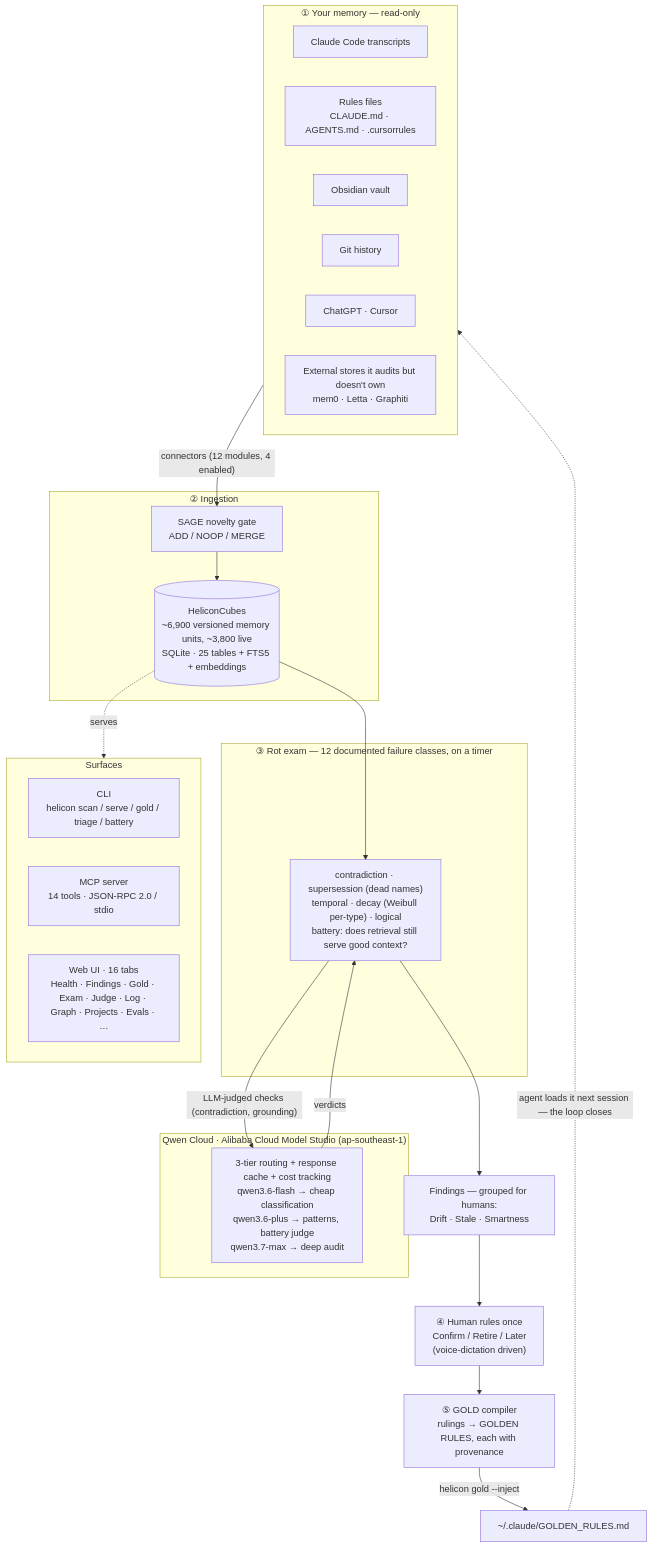
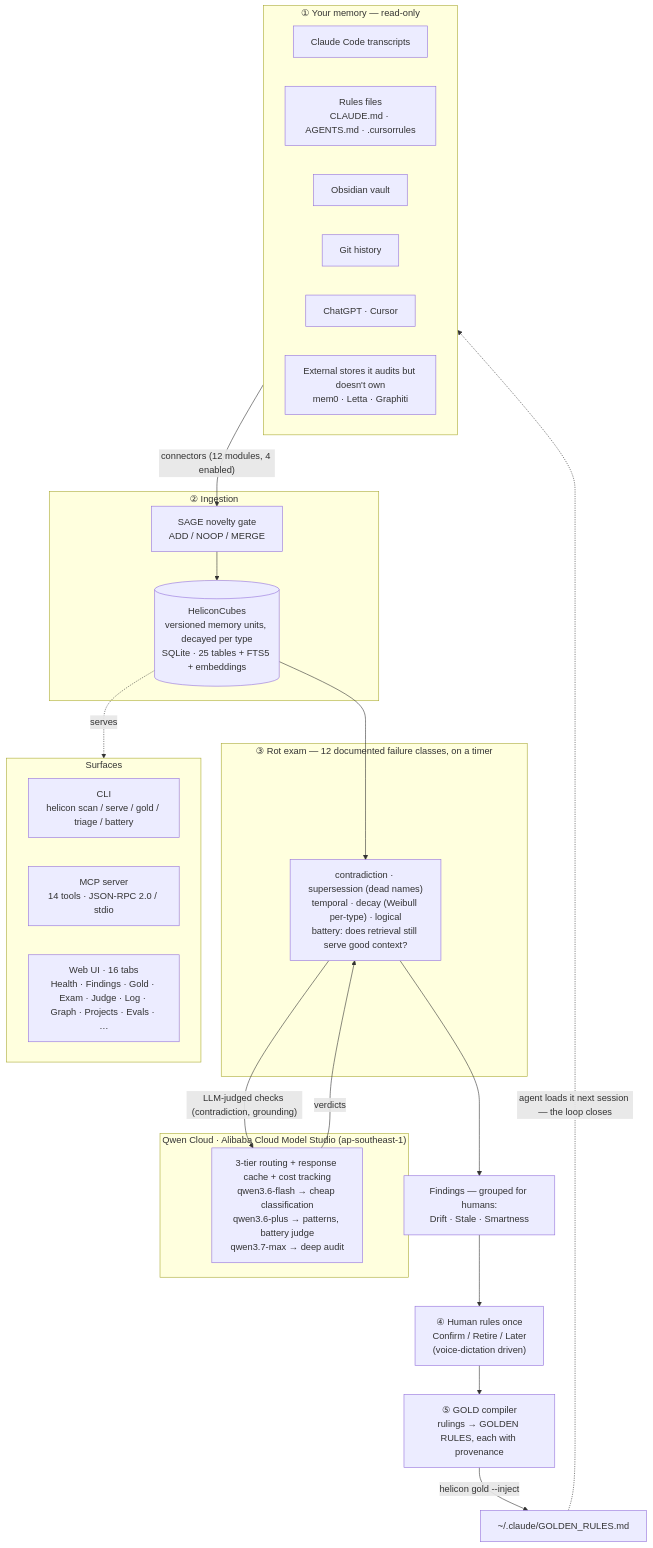
Before and after one commit to Morkeeth/mountain-of-helicon: the diagram in ARCHITECTURE.md, drawn with Mermaid. The commit also changed other lines of this file and 2 other files, not shown here.

````diff
--- a/ARCHITECTURE.md
+++ b/ARCHITECTURE.md
@@ -9,45 +11,45 @@
 ```mermaid
 flowchart TD
   subgraph SRC["① Your memory — read-only"]
     A1["Claude Code transcripts"]
     A2["Rules files<br/>CLAUDE.md · AGENTS.md · .cursorrules"]
     A3["Obsidian vault"]
     A4["Git history"]
     A5["ChatGPT · Cursor"]
     A6["External stores it audits but doesn't own<br/>mem0 · Letta · Graphiti"]
   end
 
   SRC -->|"connectors (12 modules, 4 enabled)"| GATE
 
   subgraph INGEST["② Ingestion"]
     GATE["SAGE novelty gate<br/>ADD / NOOP / MERGE"]
-    CUBES[("HeliconCubes<br/>~6,900 versioned memory units, ~3,800 live<br/>SQLite · 25 tables + FTS5 + embeddings")]
+    CUBES[("HeliconCubes<br/>versioned memory units, decayed per type<br/>SQLite · 25 tables + FTS5 + embeddings")]
     GATE --> CUBES
   end
 
   CUBES --> EXAM
 
   subgraph AUDIT["③ Rot exam — 12 documented failure classes, on a timer"]
     EXAM["contradiction · supersession (dead names)<br/>temporal · decay (Weibull per-type) · logical<br/>battery: does retrieval still serve good context?"]
   end
 
   EXAM -->|"LLM-judged checks (contradiction, grounding)"| QWEN
   QWEN -->|verdicts| EXAM
 
   subgraph QWENC["Qwen Cloud · Alibaba Cloud Model Studio (ap-southeast-1)"]
     QWEN["3-tier routing + response cache + cost tracking<br/>qwen3.6-flash → cheap classification<br/>qwen3.6-plus → patterns, battery judge<br/>qwen3.7-max → deep audit"]
   end
 
   EXAM --> FIND["Findings — grouped for humans:<br/>Drift · Stale · Smartness"]
   FIND --> HUMAN["④ Human rules once<br/>Confirm / Retire / Later<br/>(voice-dictation driven)"]
   HUMAN --> GOLD["⑤ GOLD compiler<br/>rulings → GOLDEN RULES, each with provenance"]
   GOLD -->|"helicon gold --inject"| INJECT["~/.claude/GOLDEN_RULES.md"]
   INJECT -.->|"agent loads it next session — the loop closes"| SRC
 
   CUBES -.serves.-> SURF
   subgraph SURF["Surfaces"]
     CLI["CLI<br/>helicon scan / serve / gold / triage / battery"]
     MCP["MCP server<br/>14 tools · JSON-RPC 2.0 / stdio"]
     WEB["Web UI · 16 tabs<br/>Health · Findings · Gold · Exam · Judge · Log · Graph · Projects · Evals · …"]
   end
 ```
````
